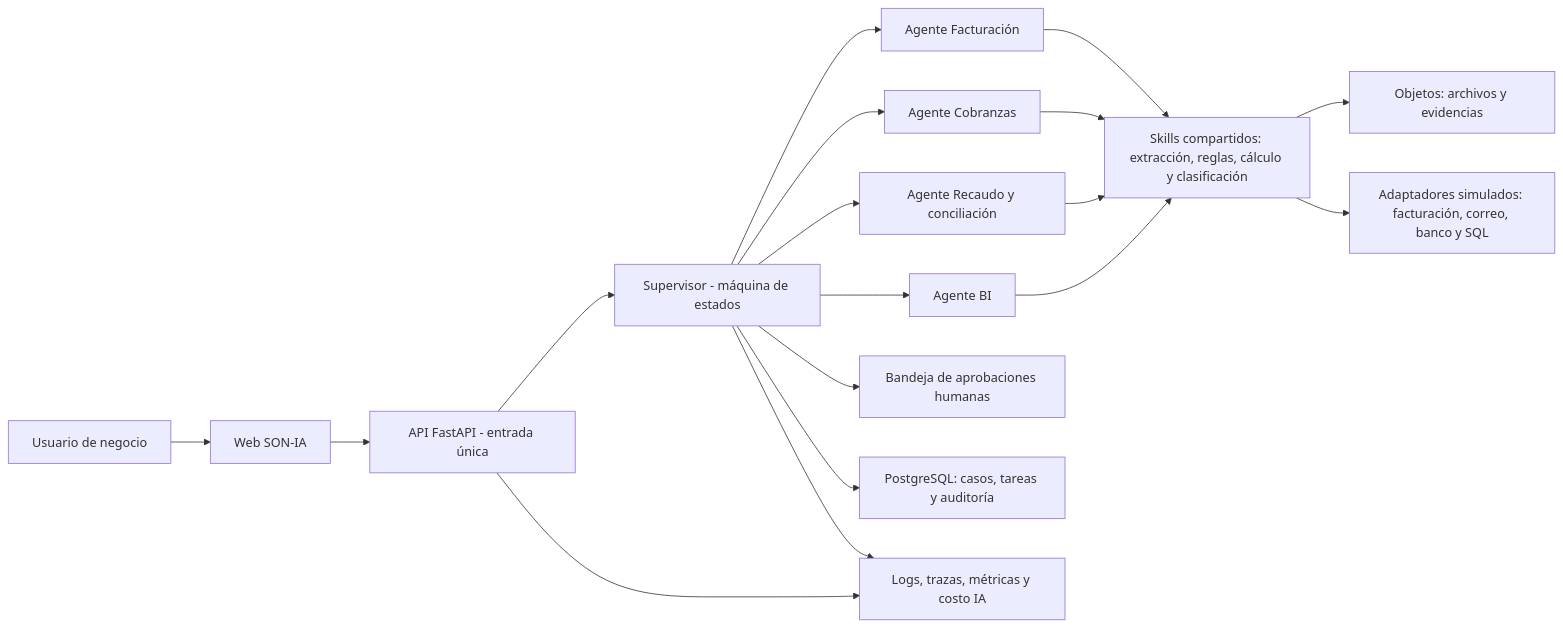
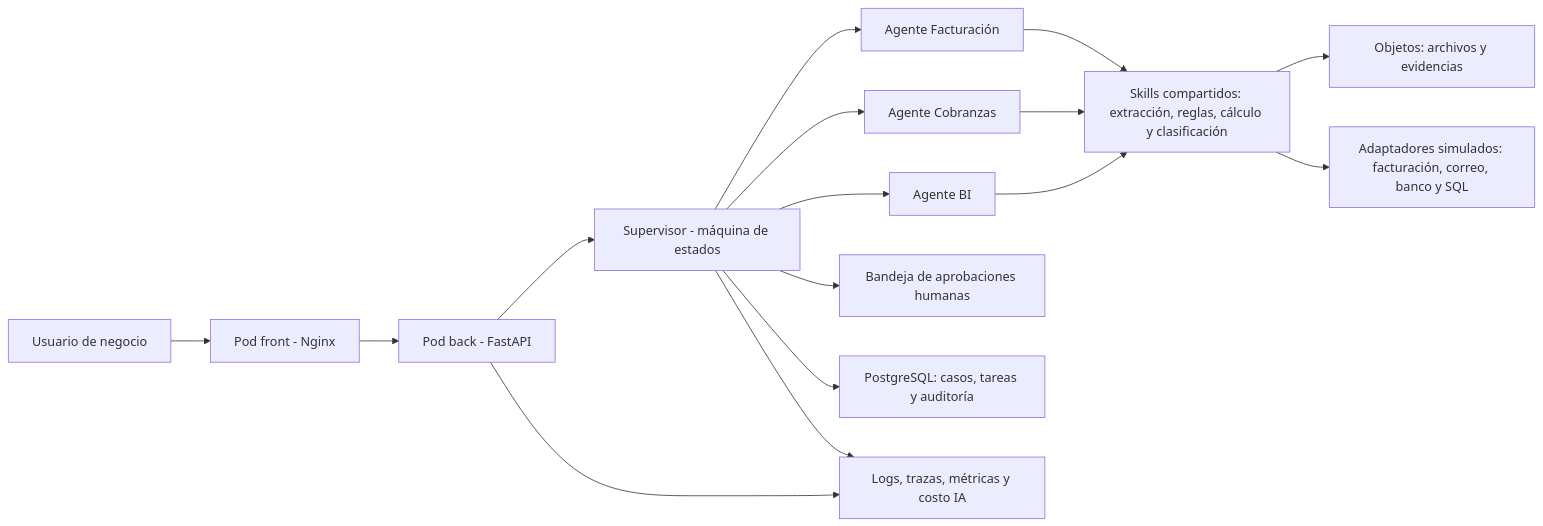
One commit to gabrielWYP/reto-movistar changed the diagram in docs/propuesta-arquitectura-sonia.md. Above: the diagram before and after it, drawn with Mermaid. The commit also changed other lines of this file and 110 other files, not shown here.

````diff
--- a/docs/propuesta-arquitectura-sonia.md
+++ b/docs/propuesta-arquitectura-sonia.md
@@ -38,24 +41,22 @@
 ```mermaid
 flowchart LR
-    U["Usuario de negocio"] --> WEB["Web SON-IA"]
-    WEB --> API["API FastAPI - entrada única"]
+    U["Usuario de negocio"] --> WEB["Pod front - Nginx"]
+    WEB --> API["Pod back - FastAPI"]
 
     API --> SUP["Supervisor - máquina de estados"]
     SUP --> FAC["Agente Facturación"]
     SUP --> COB["Agente Cobranzas"]
-    SUP --> REC["Agente Recaudo y conciliación"]
     SUP --> BI["Agente BI"]
 
     FAC --> SK["Skills compartidos: extracción, reglas, cálculo y clasificación"]
     COB --> SK
-    REC --> SK
     BI --> SK
 
     SUP --> HITL["Bandeja de aprobaciones humanas"]
     SUP --> DB["PostgreSQL: casos, tareas y auditoría"]
     SK --> OBJ["Objetos: archivos y evidencias"]
     SK --> ADP["Adaptadores simulados: facturación, correo, banco y SQL"]
 
     API --> OBS["Logs, trazas, métricas y costo IA"]
     SUP --> OBS
 ```
````
